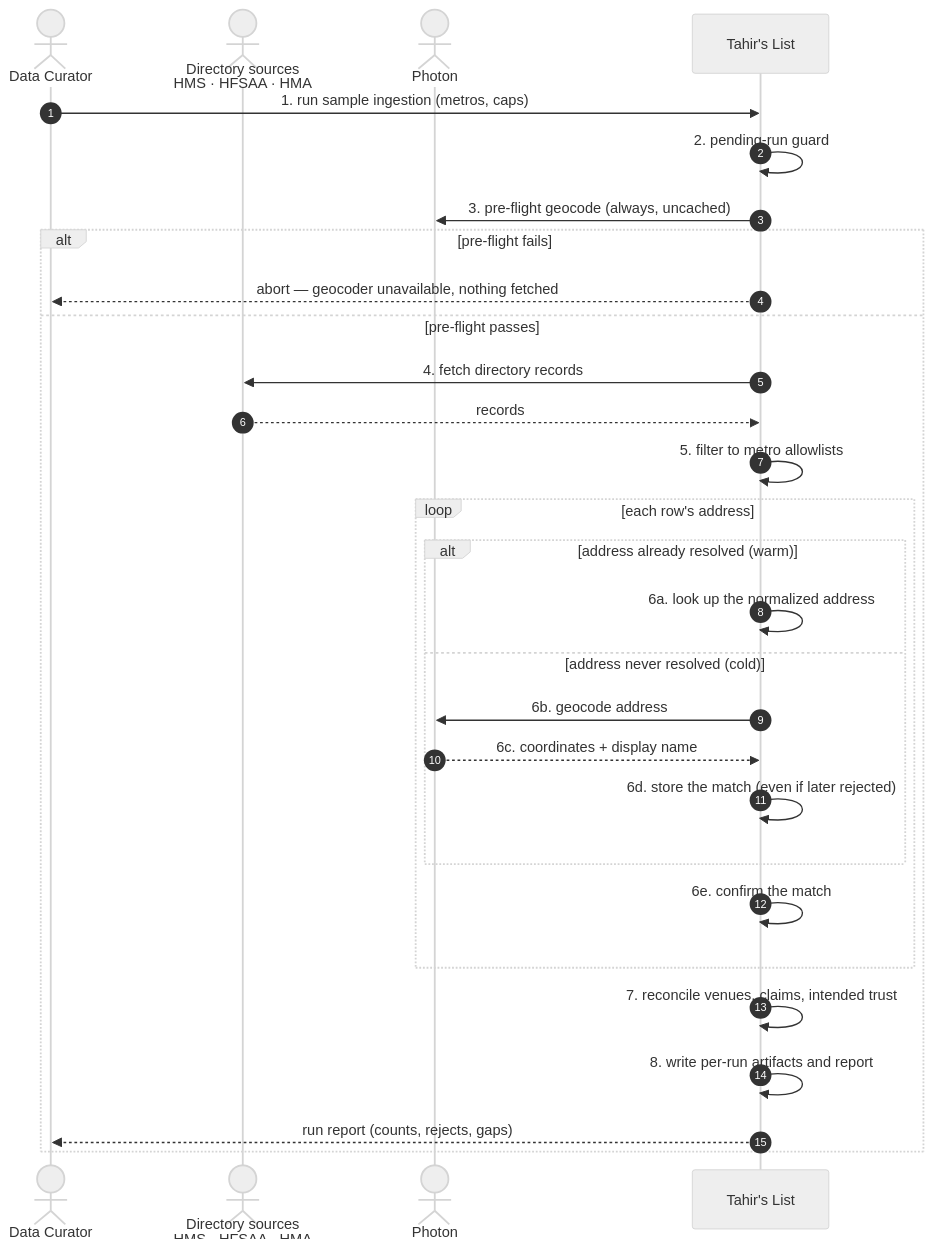
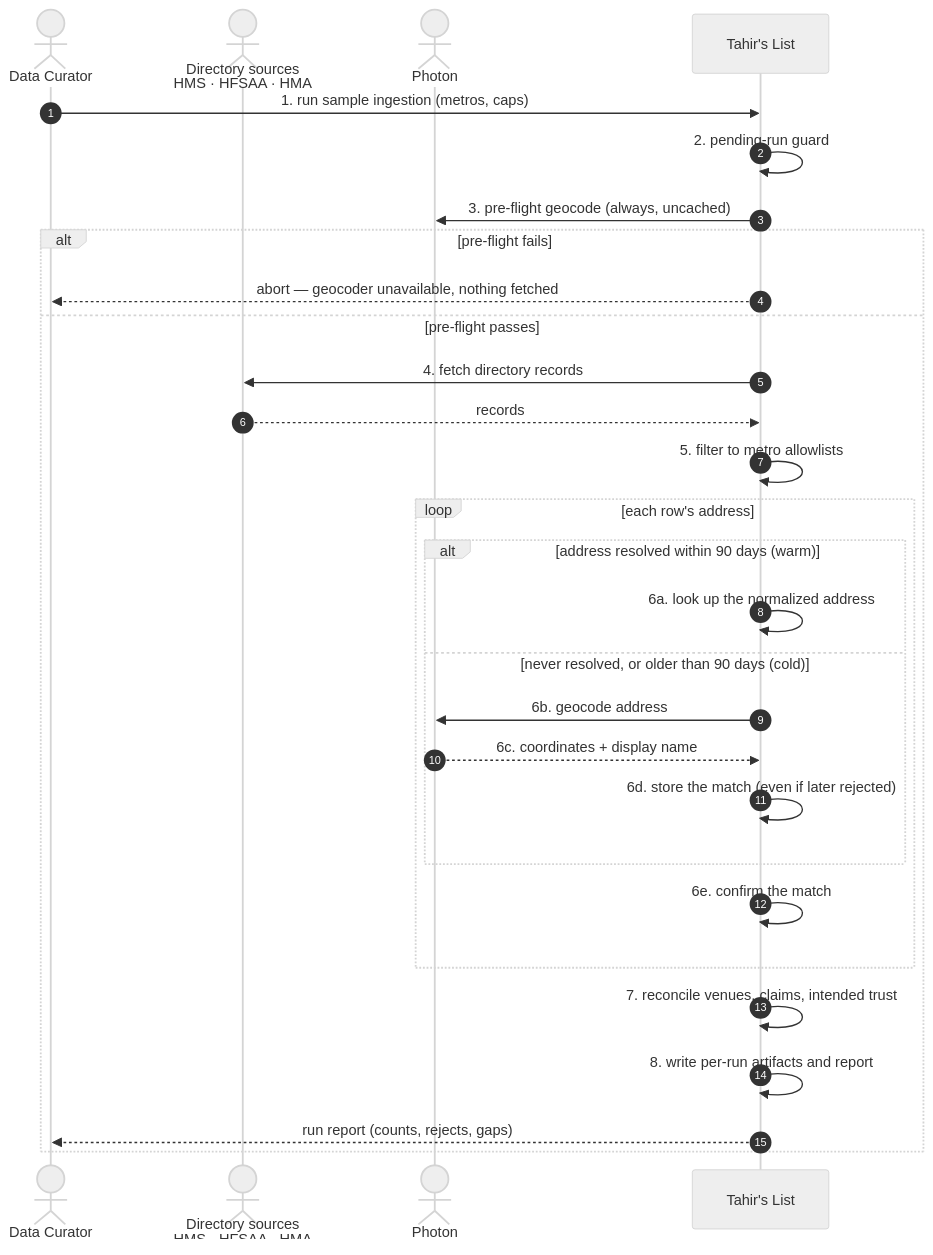
The first of 2 diagrams in docs/features/SC-198/04-blackbox/UC-02-ingest-directory-batch.md (Losers-Lab/tahirs-list), drawn with Mermaid (neutral theme) before and after one commit. The commit also changed other lines of this file and 9 other files, not shown here.

````diff
--- a/docs/features/SC-198/04-blackbox/UC-02-ingest-directory-batch.md
+++ b/docs/features/SC-198/04-blackbox/UC-02-ingest-directory-batch.md
@@ -6,35 +6,35 @@
 ```mermaid
 sequenceDiagram
   autonumber
   actor DC as Data Curator
   actor DS as Directory sources<br/>HMS · HFSAA · HMA
   actor PH as Photon
   participant S as Tahir's List
 
   DC->>S: 1. run sample ingestion (metros, caps)
   S->>S: 2. pending-run guard
 
   S->>PH: 3. pre-flight geocode (always, uncached)
   alt pre-flight fails
     S-->>DC: abort — geocoder unavailable, nothing fetched
   else pre-flight passes
     S->>DS: 4. fetch directory records
     DS-->>S: records
     S->>S: 5. filter to metro allowlists
 
     loop each row's address
-      alt address already resolved (warm)
+      alt address resolved within 90 days (warm)
         S->>S: 6a. look up the normalized address
-      else address never resolved (cold)
+      else never resolved, or older than 90 days (cold)
         S->>PH: 6b. geocode address
         PH-->>S: 6c. coordinates + display name
         S->>S: 6d. store the match (even if later rejected)
       end
       S->>S: 6e. confirm the match
     end
 
     S->>S: 7. reconcile venues, claims, intended trust
     S->>S: 8. write per-run artifacts and report
     S-->>DC: run report (counts, rejects, gaps)
   end
 ```
````
